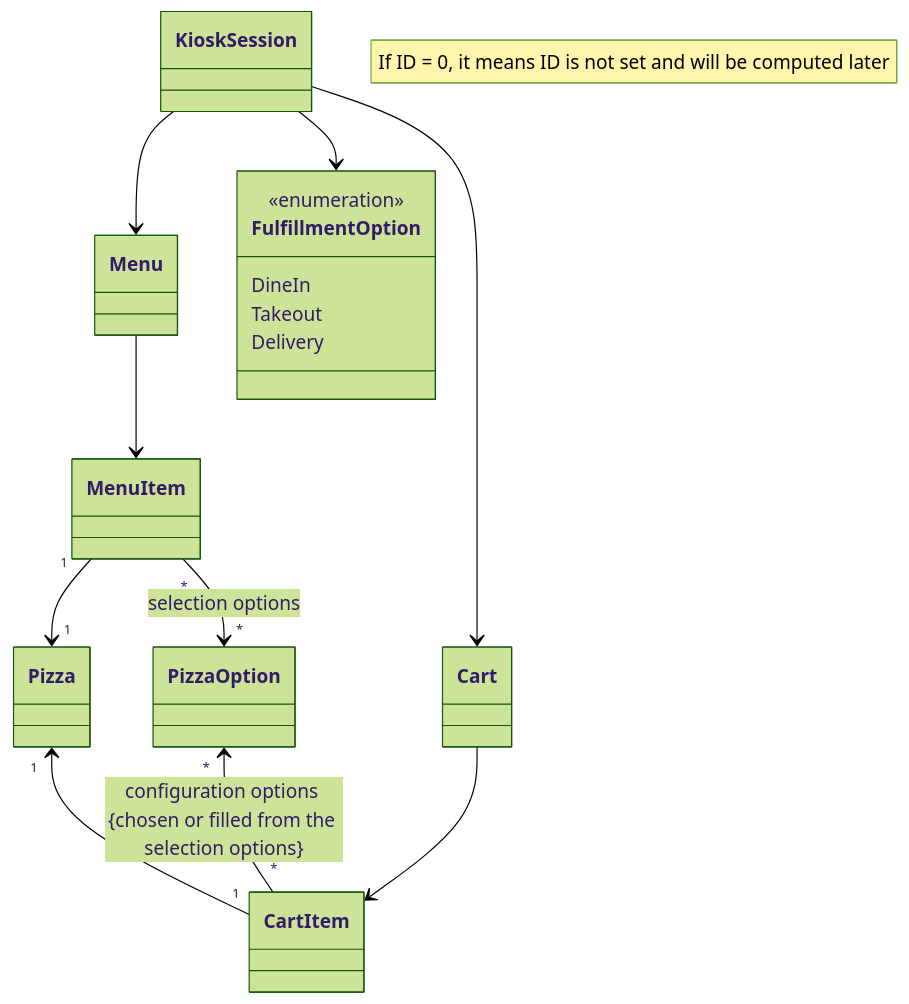
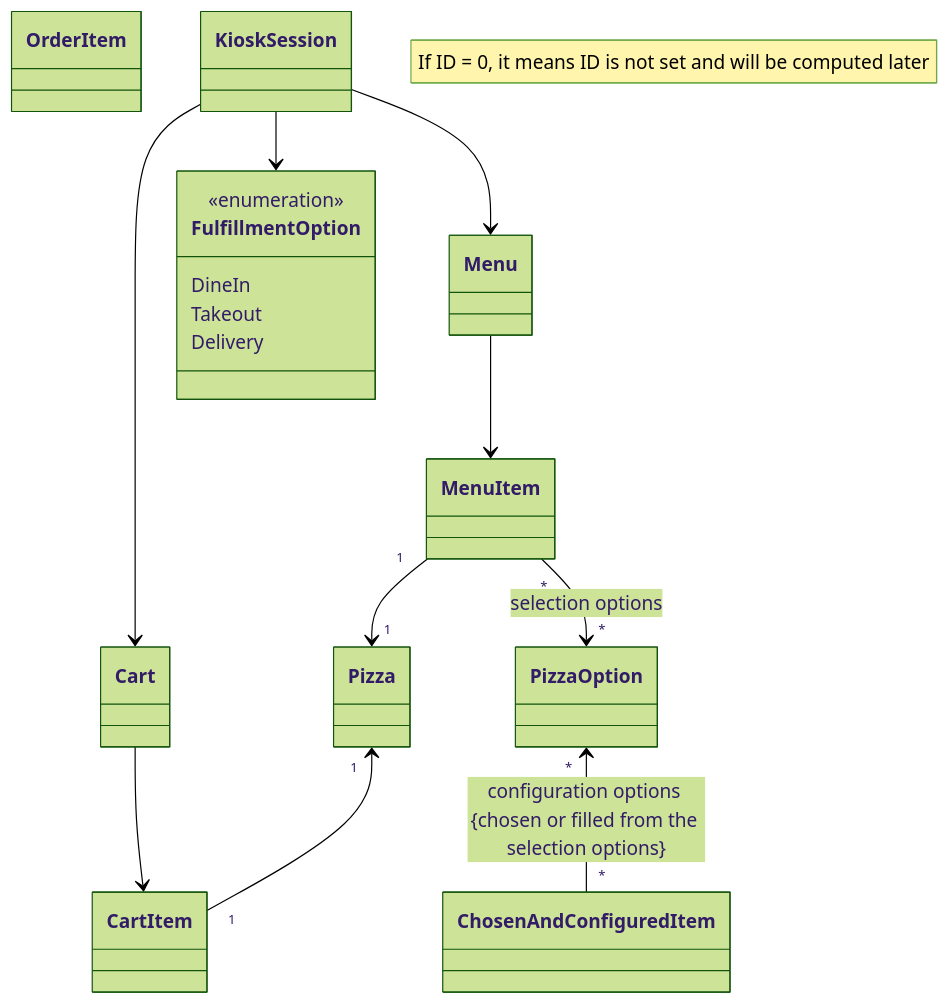
Before and after one commit to ekral/Utb.PizzaKiosk: the diagram in README.md, drawn with Mermaid (forest theme).

````diff
--- a/README.md
+++ b/README.md
@@ -160,27 +160,29 @@
 ```mermaid
  classDiagram
    note "If ID = 0, it means ID is not set and will be computed later"
    %% direction LR
    class PizzaOption
    class Pizza
    class MenuItem
    class Menu
+   class ChosenAndConfiguredItem
    class CartItem
+   class OrderItem
    class Cart
    class FulfillmentOption{
       <<enumeration>>
       DineIn
       Takeout
       Delivery
    }
    class KioskSession
    MenuItem "1" --> "1"  Pizza
    Pizza "1" <-- "1"  CartItem
    MenuItem "*" --> "*"  PizzaOption : selection options
-   PizzaOption "*" <-- "*" CartItem : configuration options {chosen or filled from the selection options}
+   PizzaOption "*" <-- "*" ChosenAndConfiguredItem : configuration options {chosen or filled from the selection options}
    Menu --> MenuItem
    Cart --> CartItem
    KioskSession --> Cart
    KioskSession --> FulfillmentOption
    KioskSession --> Menu
 ```
````
